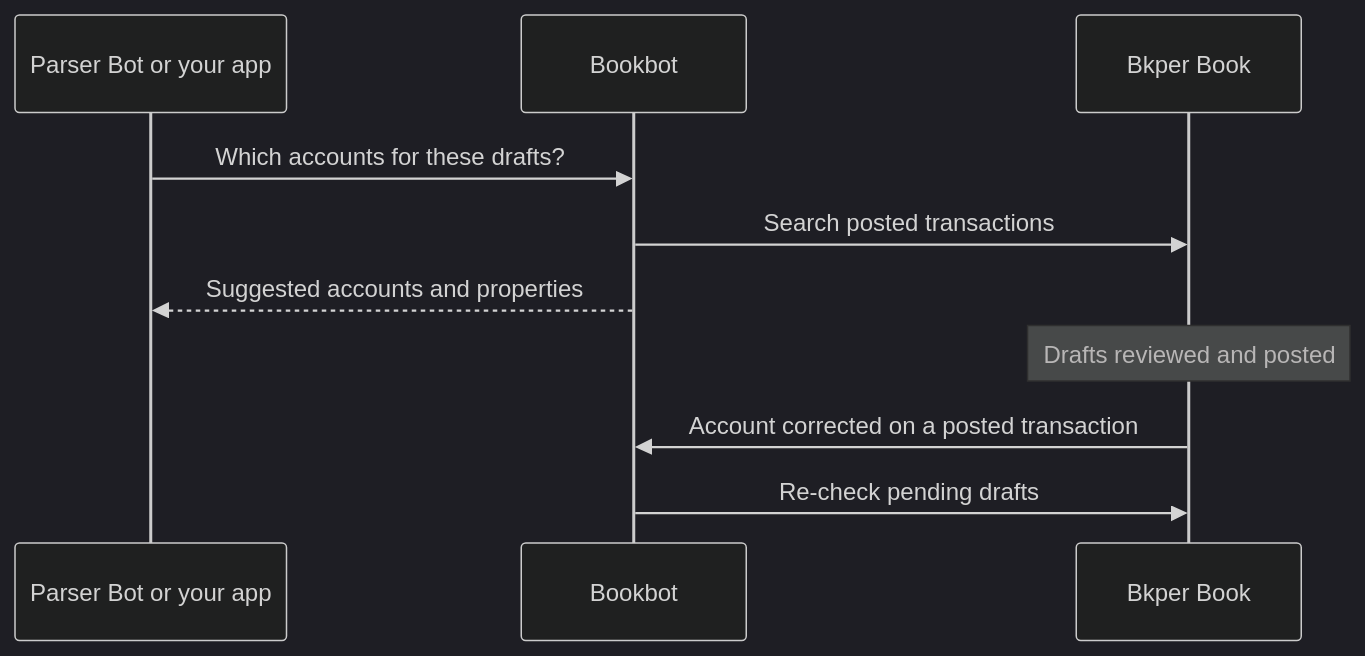
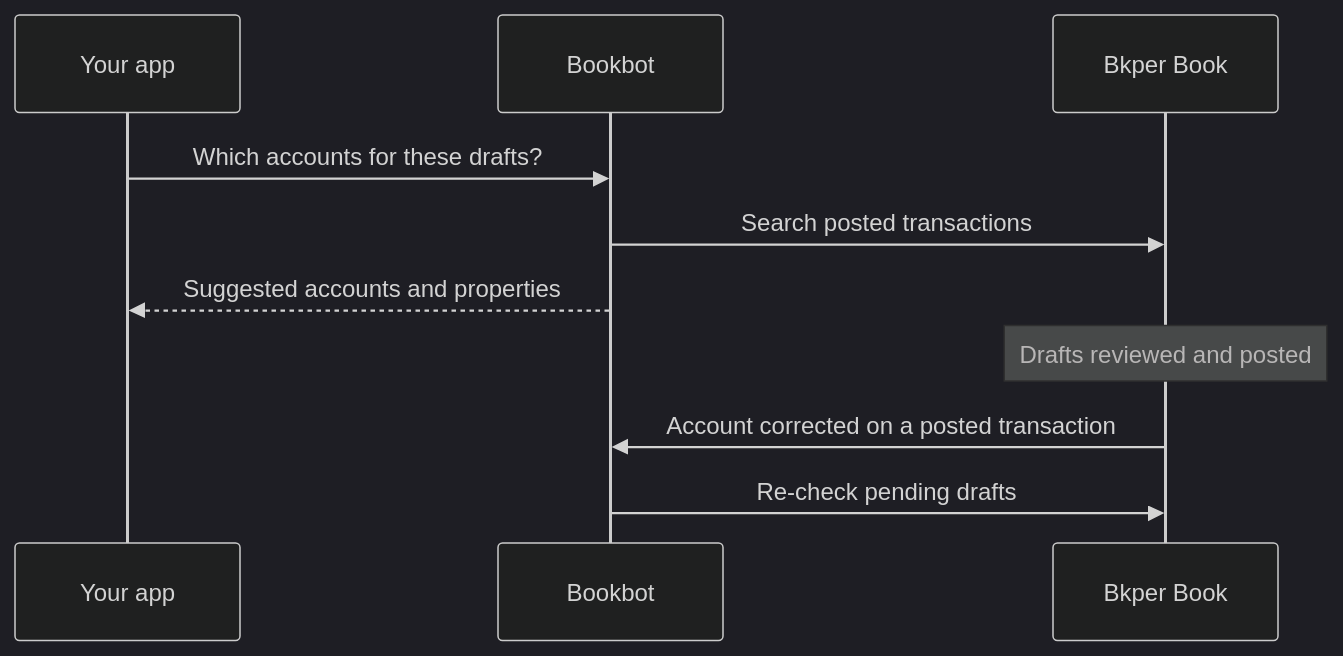
The diagram in bookbot/README.md (bkper/bkper-apps), drawn with Mermaid (dark theme) before and after one commit. The commit also changed other lines of this file and 5 other files, not shown here.

````diff
--- a/bookbot/README.md
+++ b/bookbot/README.md
@@ -11,13 +11,13 @@
 ```mermaid
 sequenceDiagram
-    participant Parser as Parser Bot or your app
+    participant App as Your app
     participant Bookbot as Bookbot
     participant Book as Bkper Book
 
-    Parser->>Bookbot: Which accounts for these drafts?
+    App->>Bookbot: Which accounts for these drafts?
     Bookbot->>Book: Search posted transactions
-    Bookbot-->>Parser: Suggested accounts and properties
+    Bookbot-->>App: Suggested accounts and properties
     Note over Book: Drafts reviewed and posted
     Book->>Bookbot: Account corrected on a posted transaction
     Bookbot->>Book: Re-check pending drafts
 ```
````
